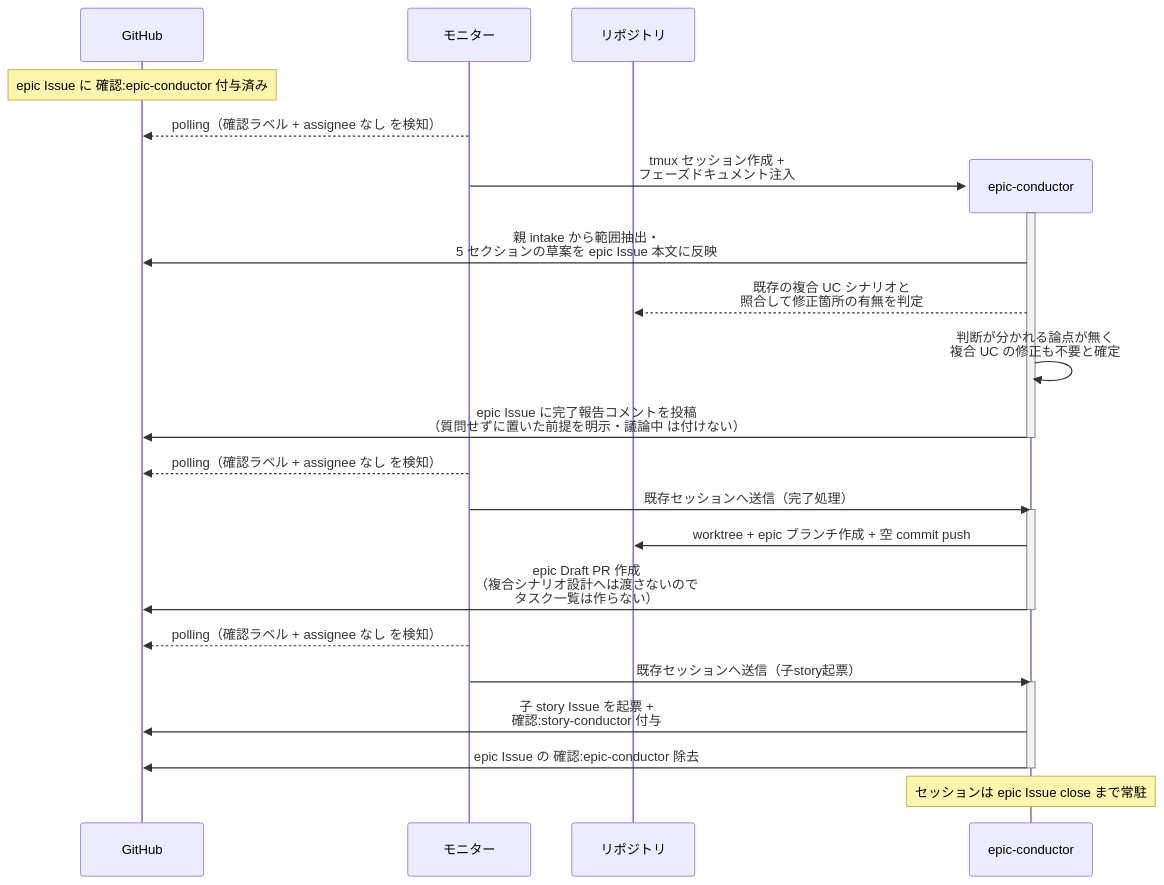
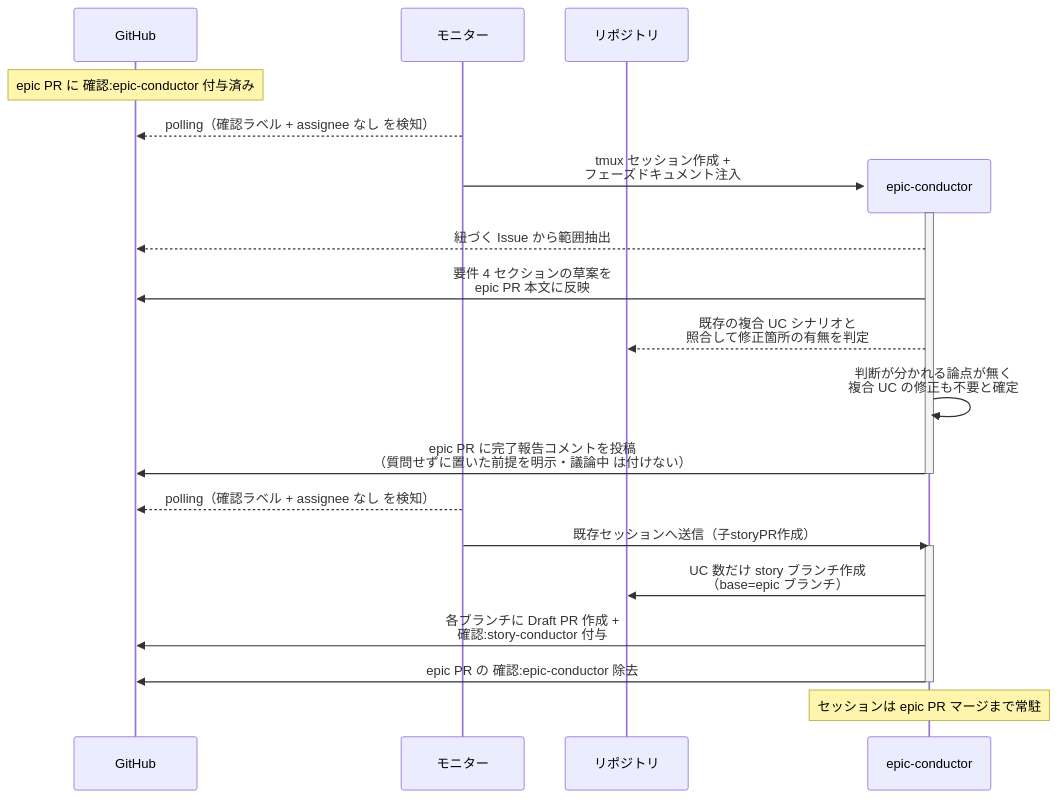
The second of 5 diagrams in docs/wiki/設計図/シナリオ/単一ユースケース/epic要件確定.md (shuhei1101/ai-monitor), drawn with Mermaid before and after one commit. The commit also changed other lines of this file and 256 other files, not shown here.

````diff
--- a/docs/wiki/設計図/シナリオ/単一ユースケース/epic要件確定.md
+++ b/docs/wiki/設計図/シナリオ/単一ユースケース/epic要件確定.md
@@ -97,32 +103,27 @@
 ```mermaid
 sequenceDiagram
   participant GH as GitHub
   participant ORC as モニター
   participant REPO as リポジトリ
 
-  Note over GH: epic Issue に 確認:epic-conductor 付与済み
+  Note over GH: epic PR に 確認:epic-conductor 付与済み
   ORC-->>GH: polling（確認ラベル + assignee なし を検知）
   create participant MON as epic-conductor
   ORC->>MON: tmux セッション作成 +<br>フェーズドキュメント注入
   activate MON
-  MON->>GH: 親 intake から範囲抽出・<br>5 セクションの草案を epic Issue 本文に反映
+  MON-->>GH: 紐づく Issue から範囲抽出
+  MON->>GH: 要件 4 セクションの草案を<br>epic PR 本文に反映
   MON-->>REPO: 既存の複合 UC シナリオと<br>照合して修正箇所の有無を判定
   MON->>MON: 判断が分かれる論点が無く<br>複合 UC の修正も不要と確定
-  MON->>GH: epic Issue に完了報告コメントを投稿<br>（質問せずに置いた前提を明示・議論中 は付けない）
+  MON->>GH: epic PR に完了報告コメントを投稿<br>（質問せずに置いた前提を明示・議論中 は付けない）
   deactivate MON
 
   ORC-->>GH: polling（確認ラベル + assignee なし を検知）
-  ORC->>MON: 既存セッションへ送信（完了処理）
+  ORC->>MON: 既存セッションへ送信（子storyPR作成）
   activate MON
-  MON->>REPO: worktree + epic ブランチ作成 + 空 commit push
-  MON->>GH: epic Draft PR 作成<br>（複合シナリオ設計へは渡さないので<br>タスク一覧は作らない）
+  MON->>REPO: UC 数だけ story ブランチ作成<br>（base=epic ブランチ）
+  MON->>GH: 各ブランチに Draft PR 作成 +<br>確認:story-conductor 付与
+  MON->>GH: epic PR の 確認:epic-conductor 除去
   deactivate MON
-
-  ORC-->>GH: polling（確認ラベル + assignee なし を検知）
-  ORC->>MON: 既存セッションへ送信（子story起票）
-  activate MON
-  MON->>GH: 子 story Issue を起票 +<br>確認:story-conductor 付与
-  MON->>GH: epic Issue の 確認:epic-conductor 除去
-  deactivate MON
-  Note over MON: セッションは epic Issue close まで常駐
+  Note over MON: セッションは epic PR マージまで常駐
 ```
````
